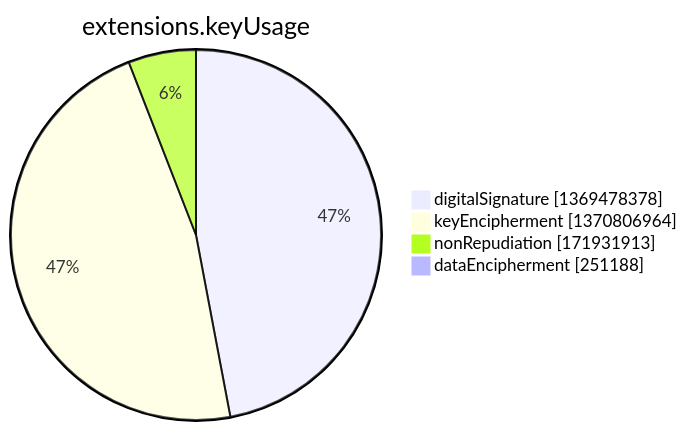
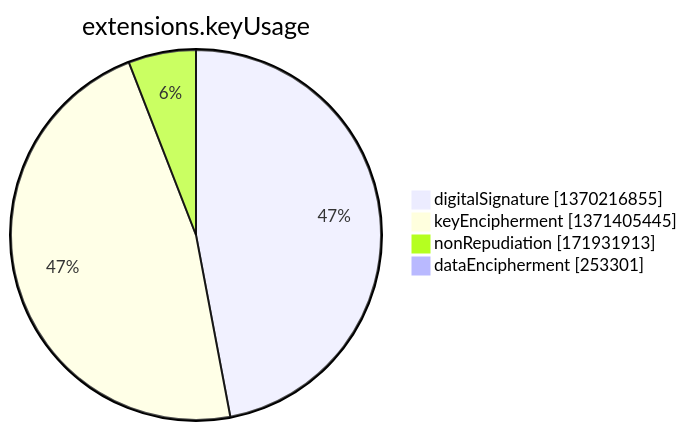
One commit to christiankrug/ctmonitor_visualization changed the seventh of 15 diagrams in argon2022/README.md. Above: the diagram before and after it, drawn with Mermaid. The commit also changed other lines of this file, not shown here.

````diff
--- a/argon2022/README.md
+++ b/argon2022/README.md
@@ -2751,8 +2751,8 @@
 ```mermaid
 pie showData
 title extensions.keyUsage
-"digitalSignature" :1369478378
-"keyEncipherment" :1370806964
+"digitalSignature" :1370216855
+"keyEncipherment" :1371405445
 "nonRepudiation" :171931913
-"dataEncipherment" :251188
+"dataEncipherment" :253301
 ```
````
